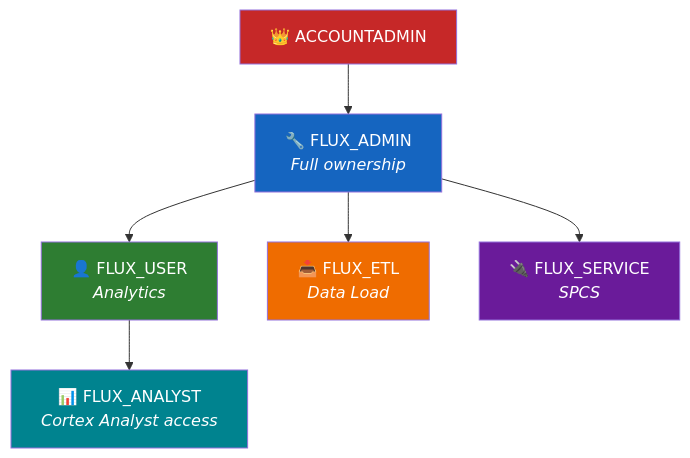
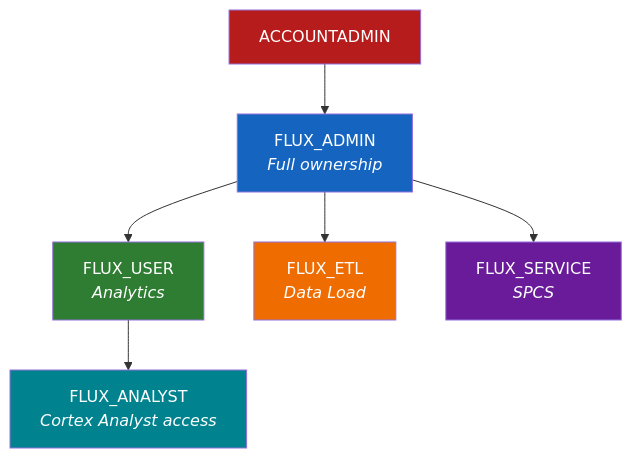
The seventh of 7 diagrams in docs/ARCHITECTURE.md (sfc-gh-abannerjee/flux-utility-solutions), drawn with Mermaid before and after one commit. The commit also changed other lines of this file and 1 other file, not shown here.

First line of the commit message:
Replace emojis with professional text labels in diagrams

````diff
--- a/docs/ARCHITECTURE.md
+++ b/docs/ARCHITECTURE.md
@@ -245,24 +245,24 @@
 ```mermaid
 flowchart TD
-    AA["👑 ACCOUNTADMIN"]
-    FA["🔧 FLUX_ADMIN<br/><i>Full ownership</i>"]
+    AA["ACCOUNTADMIN"]
+    FA["FLUX_ADMIN<br/><i>Full ownership</i>"]
     
-    FU["👤 FLUX_USER<br/><i>Analytics</i>"]
-    FE["📥 FLUX_ETL<br/><i>Data Load</i>"]
-    FS["🔌 FLUX_SERVICE<br/><i>SPCS</i>"]
+    FU["FLUX_USER<br/><i>Analytics</i>"]
+    FE["FLUX_ETL<br/><i>Data Load</i>"]
+    FS["FLUX_SERVICE<br/><i>SPCS</i>"]
     
-    FAN["📊 FLUX_ANALYST<br/><i>Cortex Analyst access</i>"]
+    FAN["FLUX_ANALYST<br/><i>Cortex Analyst access</i>"]
     
     AA --> FA
     FA --> FU
     FA --> FE
     FA --> FS
     FU --> FAN
     
-    style AA fill:#c62828,color:#fff
+    style AA fill:#b71c1c,color:#fff
     style FA fill:#1565c0,color:#fff
     style FU fill:#2e7d32,color:#fff
     style FE fill:#ef6c00,color:#fff
     style FS fill:#6a1b9a,color:#fff
     style FAN fill:#00838f,color:#fff
 ```
````
